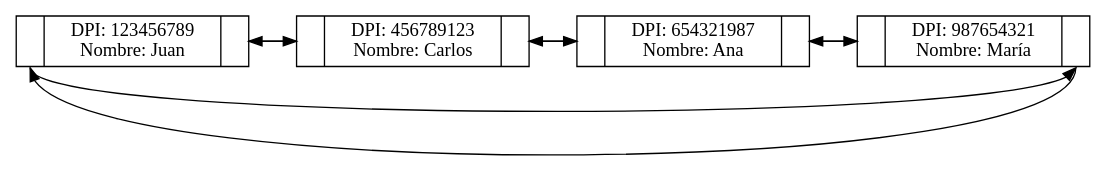
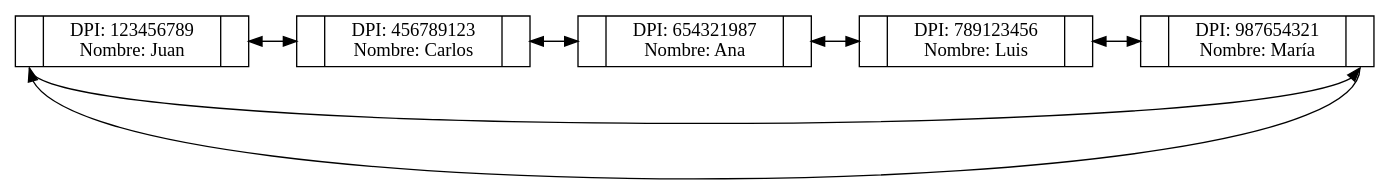
The diagram in clientes.dot (melgxrga/EDD_Proyecto2_202302549), drawn with Graphviz before and after one commit. The commit also changed 34 other files, not shown here.

```diff
--- a/clientes.dot
+++ b/clientes.dot
@@ -1,16 +1,19 @@
 digraph G {
 rankdir=LR;
 node [shape=record];
-"1895666617136" [label="{<prev> | DPI: 123456789\nNombre: Juan | <next>}"];
-"1895666617184" [label="{<prev> | DPI: 456789123\nNombre: Carlos | <next>}"];
-"1895666617232" [label="{<prev> | DPI: 654321987\nNombre: Ana | <next>}"];
-"1895666617328" [label="{<prev> | DPI: 987654321\nNombre: María | <next>}"];
-"1895666617136":next -> "1895666617184":prev;
-"1895666617184":prev -> "1895666617136":next;
-"1895666617184":next -> "1895666617232":prev;
-"1895666617232":prev -> "1895666617184":next;
-"1895666617232":next -> "1895666617328":prev;
-"1895666617328":prev -> "1895666617232":next;
-"1895666617328":next -> "1895666617136":prev [constraint=false];
-"1895666617136":prev -> "1895666617328":next [constraint=false];
+"3016588591328" [label="{<prev> | DPI: 123456789\nNombre: Juan | <next>}"];
+"3016588591424" [label="{<prev> | DPI: 456789123\nNombre: Carlos | <next>}"];
+"3016588591472" [label="{<prev> | DPI: 654321987\nNombre: Ana | <next>}"];
+"3016588591520" [label="{<prev> | DPI: 789123456\nNombre: Luis | <next>}"];
+"3016588591568" [label="{<prev> | DPI: 987654321\nNombre: María | <next>}"];
+"3016588591328":next -> "3016588591424":prev;
+"3016588591424":prev -> "3016588591328":next;
+"3016588591424":next -> "3016588591472":prev;
+"3016588591472":prev -> "3016588591424":next;
+"3016588591472":next -> "3016588591520":prev;
+"3016588591520":prev -> "3016588591472":next;
+"3016588591520":next -> "3016588591568":prev;
+"3016588591568":prev -> "3016588591520":next;
+"3016588591568":next -> "3016588591328":prev [constraint=false];
+"3016588591328":prev -> "3016588591568":next [constraint=false];
 }
```
